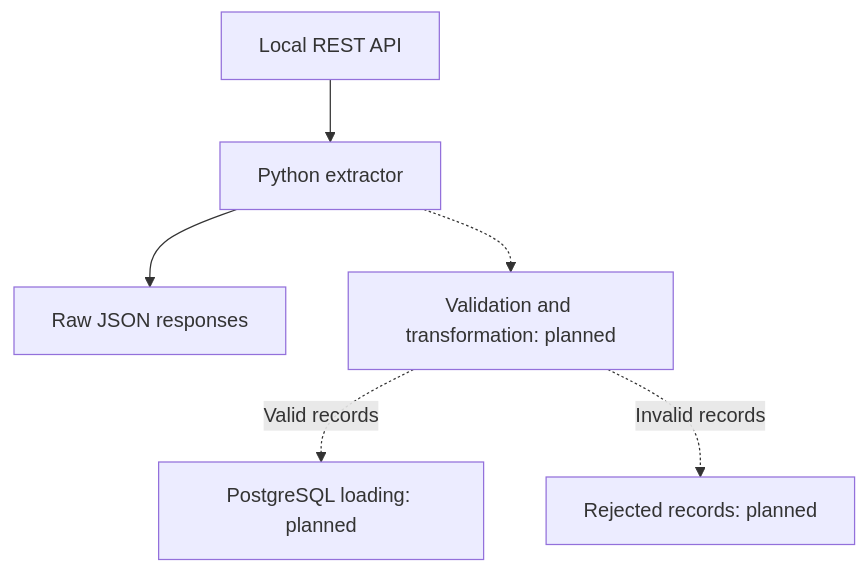
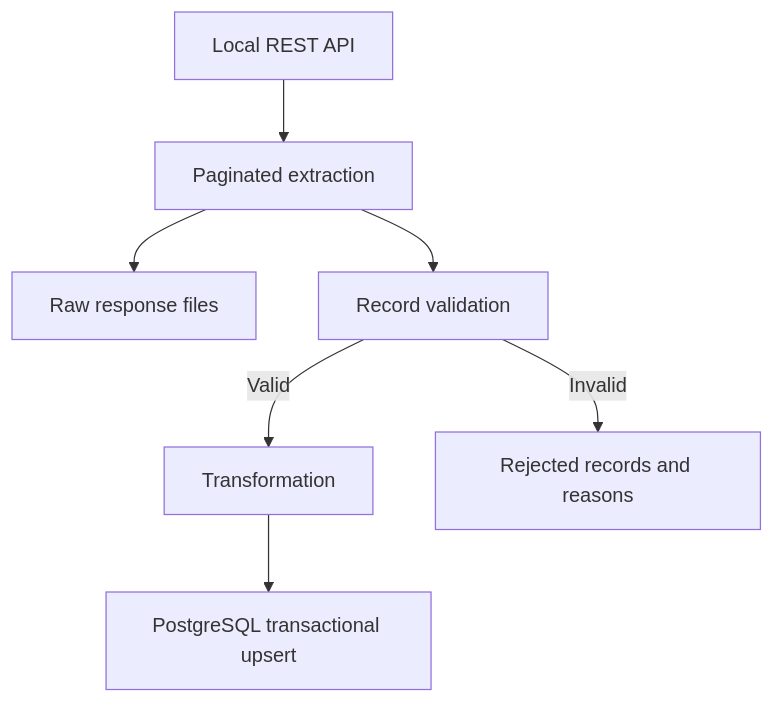
One commit to JakLit00/partner-catalog-ingestion changed the diagram in README.md. Above: the diagram before and after it, drawn with Mermaid. The commit also changed other lines of this file and 1 other file, not shown here.

````diff
--- a/README.md
+++ b/README.md
@@ -15,8 +17,9 @@
 ```mermaid
 flowchart TD
-    A[Local REST API] --> B[Python extractor]
-    B --> C[Raw JSON responses]
-    B -.-> D[Validation and transformation: planned]
-    D -.->|Valid records| E[PostgreSQL loading: planned]
-    D -.->|Invalid records| F[Rejected records: planned]
+    A[Local REST API] --> B[Paginated extraction]
+    B --> C[Raw response files]
+    B --> D[Record validation]
+    D -->|Valid| E[Transformation]
+    D -->|Invalid| F[Rejected records and reasons]
+    E --> G[PostgreSQL transactional upsert]
 ```
````
